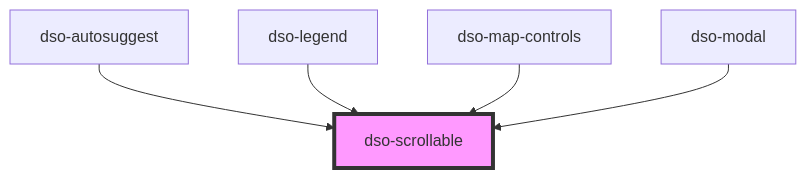
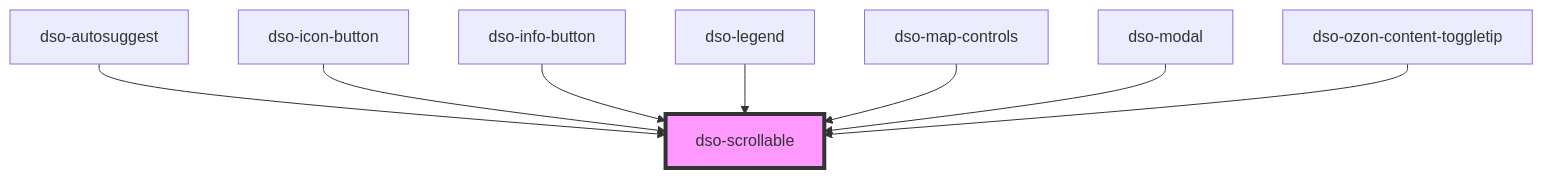
One commit to dso-toolkit/dso-toolkit changed the diagram in packages/core/src/components/scrollable/readme.md. Above: the diagram before and after it, drawn with Mermaid. The commit also changed other lines of this file and 38 other files, not shown here.

````diff
--- a/packages/core/src/components/scrollable/readme.md
+++ b/packages/core/src/components/scrollable/readme.md
@@ -23,8 +26,11 @@
 ```mermaid
 graph TD;
   dso-autosuggest --> dso-scrollable
+  dso-icon-button --> dso-scrollable
+  dso-info-button --> dso-scrollable
   dso-legend --> dso-scrollable
   dso-map-controls --> dso-scrollable
   dso-modal --> dso-scrollable
+  dso-ozon-content-toggletip --> dso-scrollable
   style dso-scrollable fill:#f9f,stroke:#333,stroke-width:4px
 ```
````
